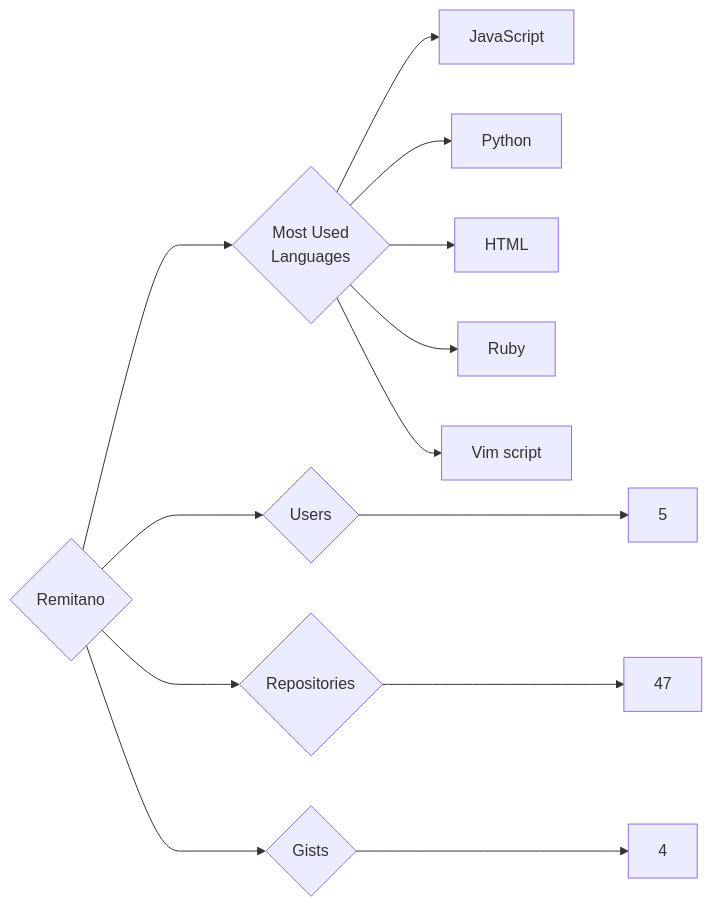
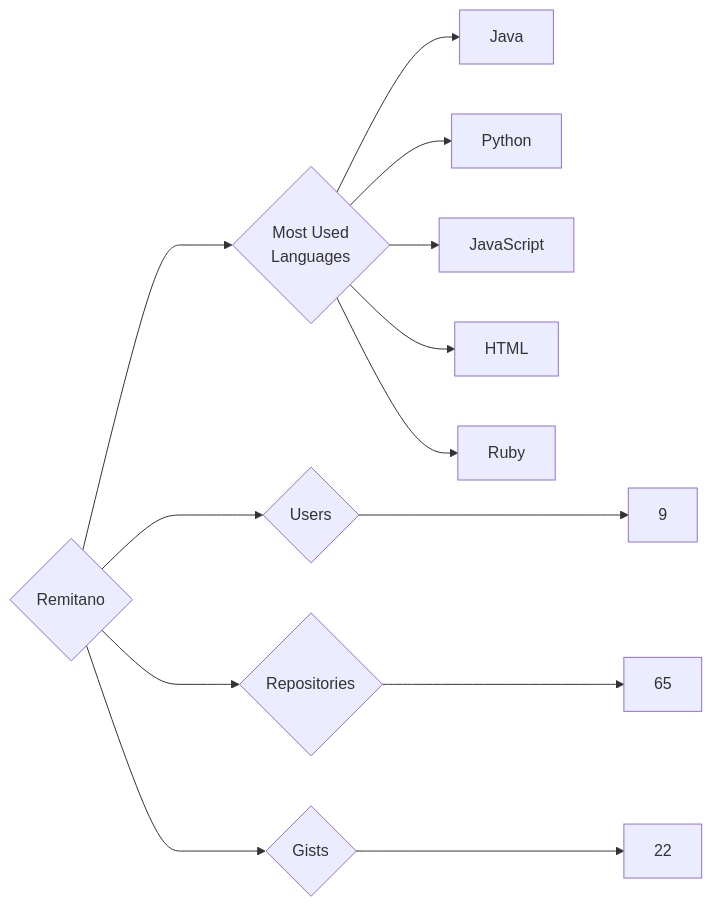
Before and after one commit to trickest/insiders: the diagram in targets/Remitano/README.md, drawn with Mermaid. The commit also changed 995 other files, not shown here.

````diff
--- a/targets/Remitano/README.md
+++ b/targets/Remitano/README.md
@@ -3,13 +3,13 @@
 ```mermaid
 graph LR
 COMPANY_NAME{Remitano}
-COMPANY_NAME ---> U{Users} ---> UN[5]
-COMPANY_NAME ---> R{Repositories} ---> RN[47]
-COMPANY_NAME ---> G{Gists} ---> GN[4]
+COMPANY_NAME ---> U{Users} ---> UN[9]
+COMPANY_NAME ---> R{Repositories} ---> RN[65]
+COMPANY_NAME ---> G{Gists} ---> GN[22]
 COMPANY_NAME ---> ML{Most Used<br>Languages}
+ML --> Java[Java]
+ML --> Python[Python]
 ML --> JavaScript[JavaScript]
-ML --> Python[Python]
 ML --> HTML[HTML]
 ML --> Ruby[Ruby]
-ML --> Vim_script[Vim script]
 ```
````
